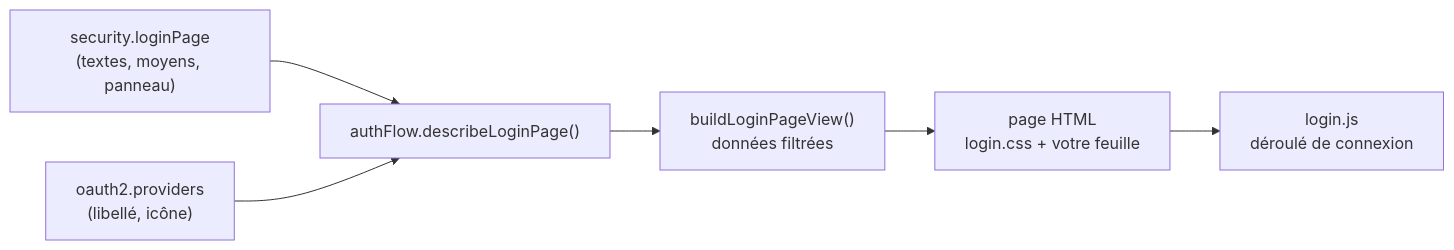
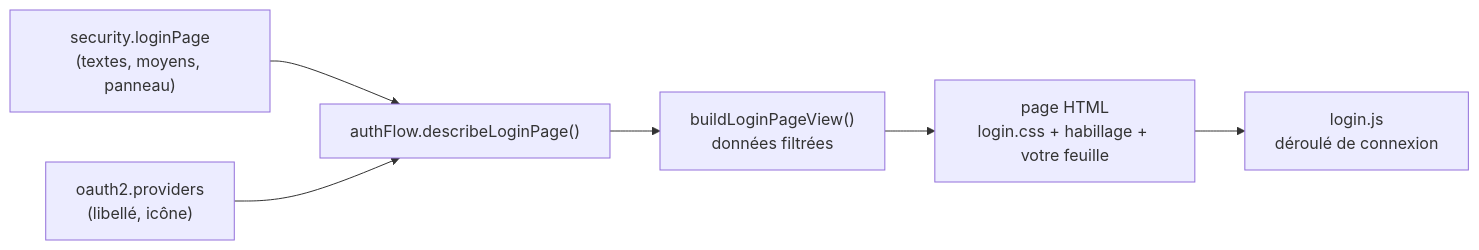
Before and after one commit to nodefony/nodefony-core: the first of 2 diagrams in src/packages/@nodefony/security/docs/login-page.md, drawn with Mermaid. The commit also changed other lines of this file and 37 other files, not shown here.

````diff
--- a/src/packages/@nodefony/security/docs/login-page.md
+++ b/src/packages/@nodefony/security/docs/login-page.md
@@ -30,8 +30,8 @@
 ```mermaid
 flowchart LR
   CFG["security.loginPage<br/>(textes, moyens, panneau)"] --> DESC["authFlow.describeLoginPage()"]
   OAUTH["oauth2.providers<br/>(libellé, icône)"] --> DESC
   DESC --> VIEW["buildLoginPageView()<br/>données filtrées"]
-  VIEW --> HTML["page HTML<br/>login.css + votre feuille"]
+  VIEW --> HTML["page HTML<br/>login.css + habillage + votre feuille"]
   HTML --> JS["login.js<br/>déroulé de connexion"]
 ```
````
